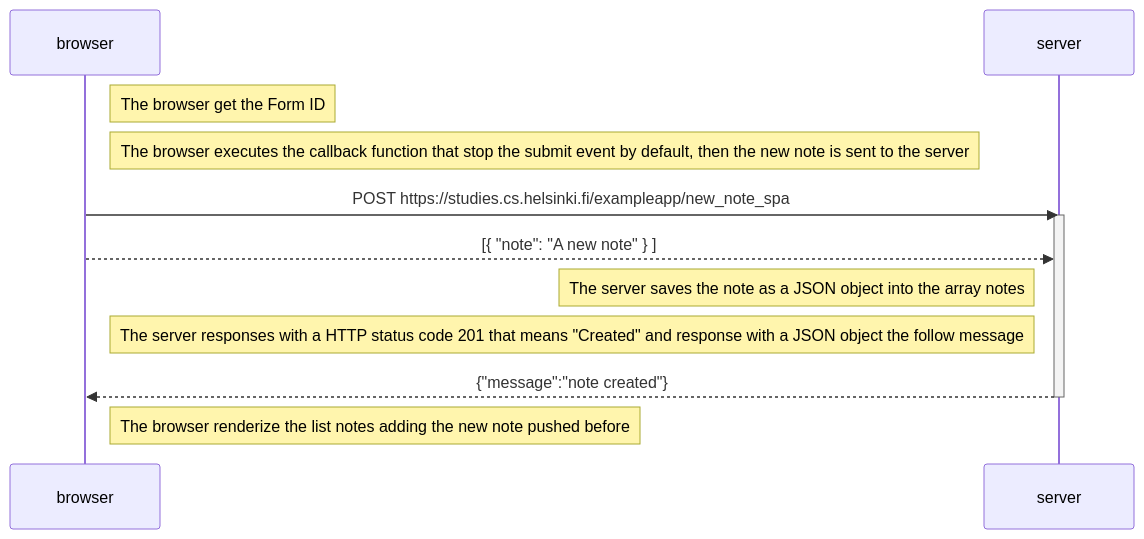
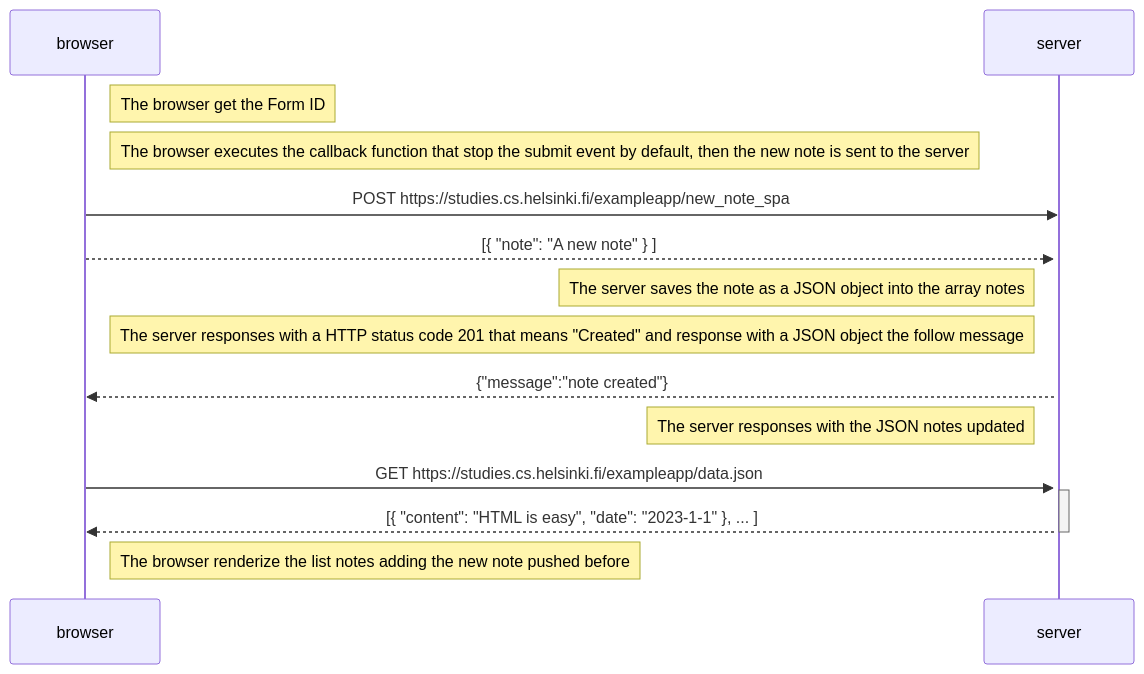
Before and after one commit to claudiainbytes/fullstackopen: the diagram in part0/05.md, drawn with Mermaid.

````diff
--- a/part0/05.md
+++ b/part0/05.md
@@ -1,23 +1,28 @@
 ```mermaid
 sequenceDiagram
     participant browser
     participant server
 
     Note right of browser: The browser get the Form ID
 
     Note right of browser: The browser executes the callback function that stop the submit event by default, then the new note is sent to the server
 
     browser->>server: POST https://studies.cs.helsinki.fi/exampleapp/new_note_spa
     activate server
 
     browser-->>server: [{ "note": "A new note" } ]
 
     Note left of server: The server saves the note as a JSON object into the array notes
 
     Note left of server:  The server responses with a HTTP status code 201 that means "Created" and response with a JSON object the follow message
+    server-->>browser: {"message":"note created"}
 
-    server-->>browser: {"message":"note created"}
+    Note left of server:  The server responses with the JSON notes updated 
+    browser->>server: GET https://studies.cs.helsinki.fi/exampleapp/data.json
+    activate server
+    server-->>browser: [{ "content": "HTML is easy", "date": "2023-1-1" }, ... ]
     deactivate server
 
     Note right of browser: The browser renderize the list notes adding the new note pushed before
+    
 ```
````
